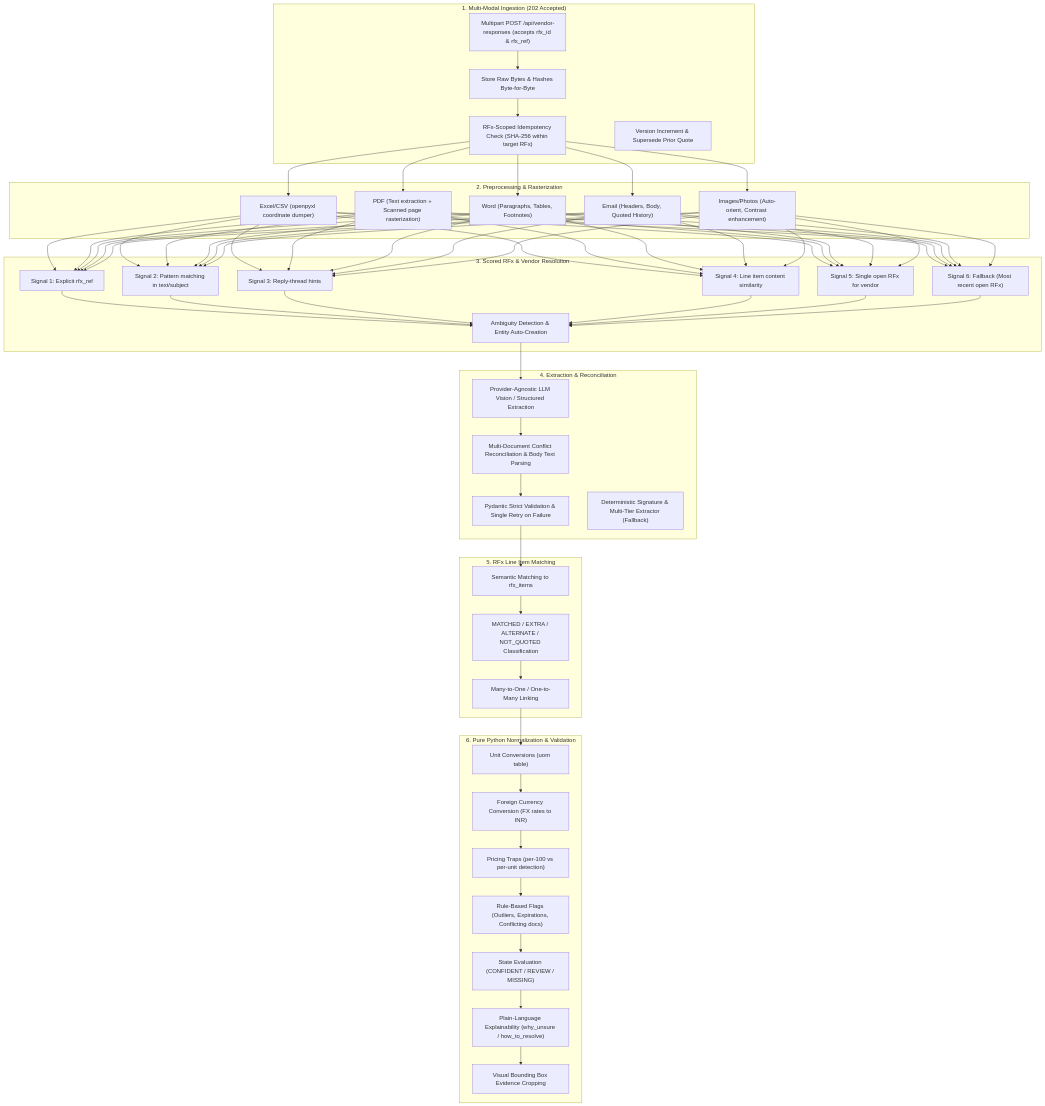
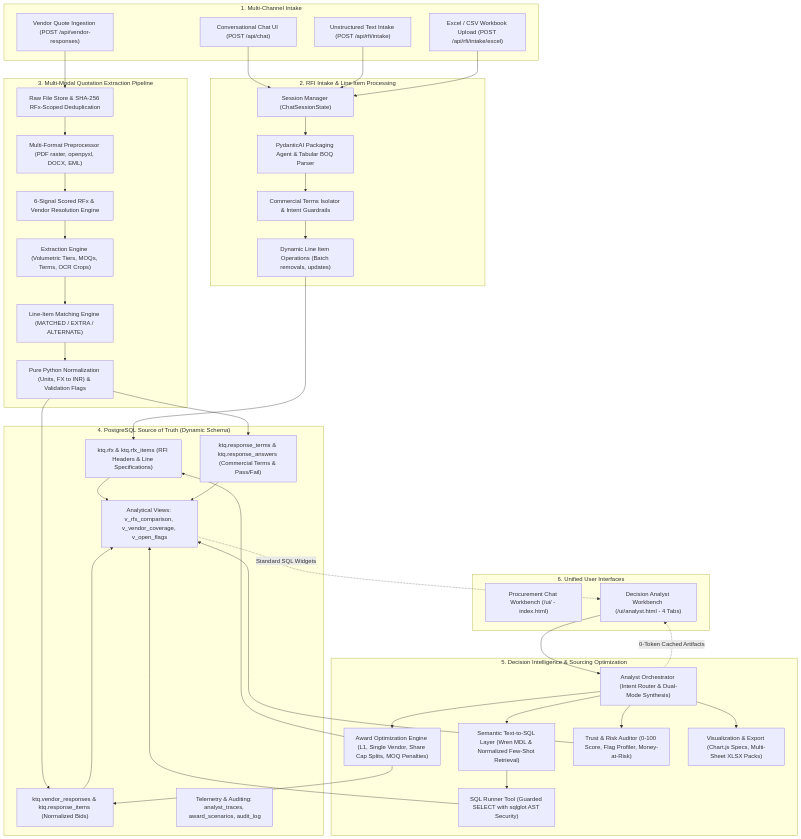
One commit to akshaykumarar/ktq2 changed the diagram in architecture.md. Above: the diagram before and after it, drawn with Mermaid. The commit also changed other lines of this file and 15 other files, not shown here.

Commit message:
implement fine-tuning enhancements, SQL AST security parser, MOQ optimizer, and clean documentation consolidation

````diff
--- a/architecture.md
+++ b/architecture.md
@@ -166,55 +21,58 @@
 ```mermaid
 flowchart TD
-    subgraph Ingestion["1. Multi-Modal Ingestion (202 Accepted)"]
-        V1["Multipart POST /api/vendor-responses (accepts rfx_id & rfx_ref)"]
-        V2["Store Raw Bytes & Hashes Byte-for-Byte"]
-        V3["RFx-Scoped Idempotency Check (SHA-256 within target RFx)"]
-        V4["Version Increment & Supersede Prior Quote"]
+    subgraph Channels["1. Multi-Channel Intake"]
+        C1["Conversational Chat UI (POST /api/chat)"]
+        C2["Unstructured Text Intake (POST /api/rfi/intake)"]
+        C3["Excel / CSV Workbook Upload (POST /api/rfi/intake/excel)"]
+        C4["Vendor Quote Ingestion (POST /api/vendor-responses)"]
     end
 
-    subgraph Preprocessing["2. Preprocessing & Rasterization"]
-        P1["Excel/CSV (openpyxl coordinate dumper)"]
-        P2["PDF (Text extraction + Scanned page rasterization)"]
-        P3["Word (Paragraphs, Tables, Footnotes)"]
-        P4["Email (Headers, Body, Quoted History)"]
-        P5["Images/Photos (Auto-orient, Contrast enhancement)"]
+    subgraph RFIIntake["2. RFI Intake & Line Item Processing"]
+        R1["Session Manager (ChatSessionState)"]
+        R2["PydanticAI Packaging Agent & Tabular BOQ Parser"]
+        R3["Commercial Terms Isolator & Intent Guardrails"]
+        R4["Dynamic Line Item Operations (Batch removals, updates)"]
     end
 
-    subgraph Resolution["3. Scored RFx & Vendor Resolution"]
-        R1["Signal 1: Explicit rfx_ref"]
-        R2["Signal 2: Pattern matching in text/subject"]
-        R3["Signal 3: Reply-thread hints"]
-        R4["Signal 4: Line item content similarity"]
-        R5["Signal 5: Single open RFx for vendor"]
-        R6["Signal 6: Fallback (Most recent open RFx)"]
-        R7["Ambiguity Detection & Entity Auto-Creation"]
+    subgraph QuotePipeline["3. Multi-Modal Quotation Extraction Pipeline"]
+        Q1["Raw File Store & SHA-256 RFx-Scoped Deduplication"]
+        Q2["Multi-Format Preprocessor (PDF raster, openpyxl, DOCX, EML)"]
+        Q3["6-Signal Scored RFx & Vendor Resolution Engine"]
+        Q4["Extraction Engine (Volumetric Tiers, MOQs, Terms, OCR Crops)"]
+        Q5["Line-Item Matching Engine (MATCHED / EXTRA / ALTERNATE)"]
+        Q6["Pure Python Normalization (Units, FX to INR) & Validation Flags"]
     end
 
-    subgraph ExtractionReconciliation["4. Extraction & Reconciliation"]
-        E1["Provider-Agnostic LLM Vision / Structured Extraction"]
-        E2["Multi-Document Conflict Reconciliation & Body Text Parsing"]
-        E3["Pydantic Strict Validation & Single Retry on Failure"]
-        E4["Deterministic Signature & Multi-Tier Extractor (Fallback)"]
+    subgraph Persistence["4. PostgreSQL Source of Truth (Dynamic Schema)"]
+        D1["ktq.rfx & ktq.rfx_items (RFI Headers & Line Specifications)"]
+        D2["ktq.vendor_responses & ktq.response_items (Normalized Bids)"]
+        D3["ktq.response_terms & ktq.response_answers (Commercial Terms & Pass/Fail)"]
+        D4["Analytical Views: v_rfx_comparison, v_vendor_coverage, v_open_flags"]
+        D5["Telemetry & Auditing: analyst_traces, award_scenarios, audit_log"]
     end
 
-    subgraph Matching["5. RFx Line Item Matching"]
-        M1["Semantic Matching to rfx_items"]
-        M2["MATCHED / EXTRA / ALTERNATE / NOT_QUOTED Classification"]
-        M3["Many-to-One / One-to-Many Linking"]
+    subgraph DecisionAnalytics["5. Decision Intelligence & Sourcing Optimization"]
+        A1["Analyst Orchestrator (Intent Router & Dual-Mode Synthesis)"]
+        A2["Semantic Text-to-SQL Layer (Wren MDL & Normalized Few-Shot Retrieval)"]
+        A3["SQL Runner Tool (Guarded SELECT with sqlglot AST Security)"]
+        A4["Award Optimization Engine (L1, Single Vendor, Share Cap Splits, MOQ Penalties)"]
+        A5["Trust & Risk Auditor (0-100 Score, Flag Profiler, Money-at-Risk)"]
+        A6["Visualization & Export (Chart.js Specs, Multi-Sheet XLSX Packs)"]
     end
 
-    subgraph NormalizationValidation["6. Pure Python Normalization & Validation"]
-        N1["Unit Conversions (uom table)"]
-        N2["Foreign Currency Conversion (FX rates to INR)"]
-        N3["Pricing Traps (per-100 vs per-unit detection)"]
-        N4["Rule-Based Flags (Outliers, Expirations, Conflicting docs)"]
-        N5["State Evaluation (CONFIDENT / REVIEW / MISSING)"]
-        N6["Plain-Language Explainability (why_unsure / how_to_resolve)"]
-        N7["Visual Bounding Box Evidence Cropping"]
+    subgraph ClientWorkbench["6. Unified User Interfaces"]
+        W1["Procurement Chat Workbench (/ui/ - index.html)"]
+        W2["Decision Analyst Workbench (/ui/analyst.html - 4 Tabs)"]
     end
 
-    V1 --> V2 --> V3 --> P1 & P2 & P3 & P4 & P5
-    P1 & P2 & P3 & P4 & P5 --> R1 & R2 & R3 & R4 & R5 & R6 --> R7
-    R7 --> E1 --> E2 --> E3 --> M1 --> M2 --> M3
-    M3 --> N1 --> N2 --> N3 --> N4 --> N5 --> N6 --> N7
+    C1 & C2 & C3 --> R1 --> R2 --> R3 --> R4 --> D1
+    C4 --> Q1 --> Q2 --> Q3 --> Q4 --> Q5 --> Q6 --> D2 & D3
+    D1 & D2 & D3 --> D4
+    W2 --> A1
+    A1 --> A2 --> A3 --> D4
+    A1 --> A4 --> D1 & D2
+    A1 --> A5 --> D4
+    A1 --> A6
+    A1 -. 0-Token Cached Artifacts .-> W2
+    D4 -. Standard SQL Widgets .-> W2
 ```
````
